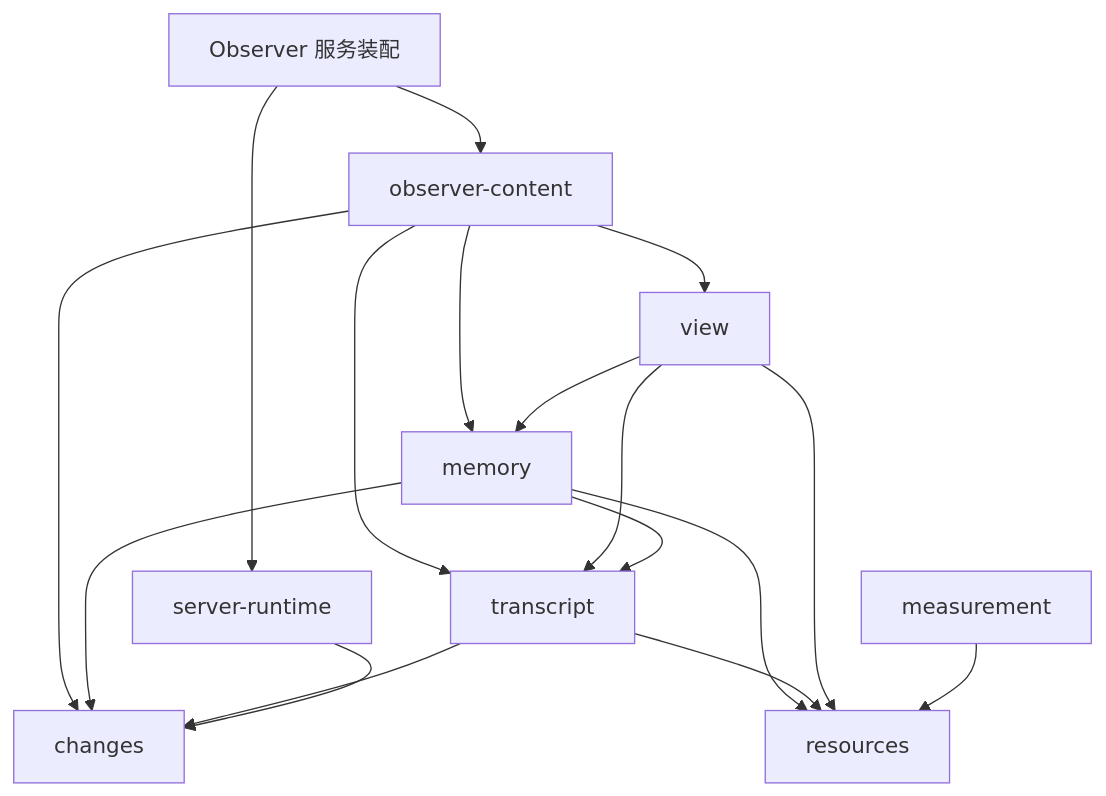
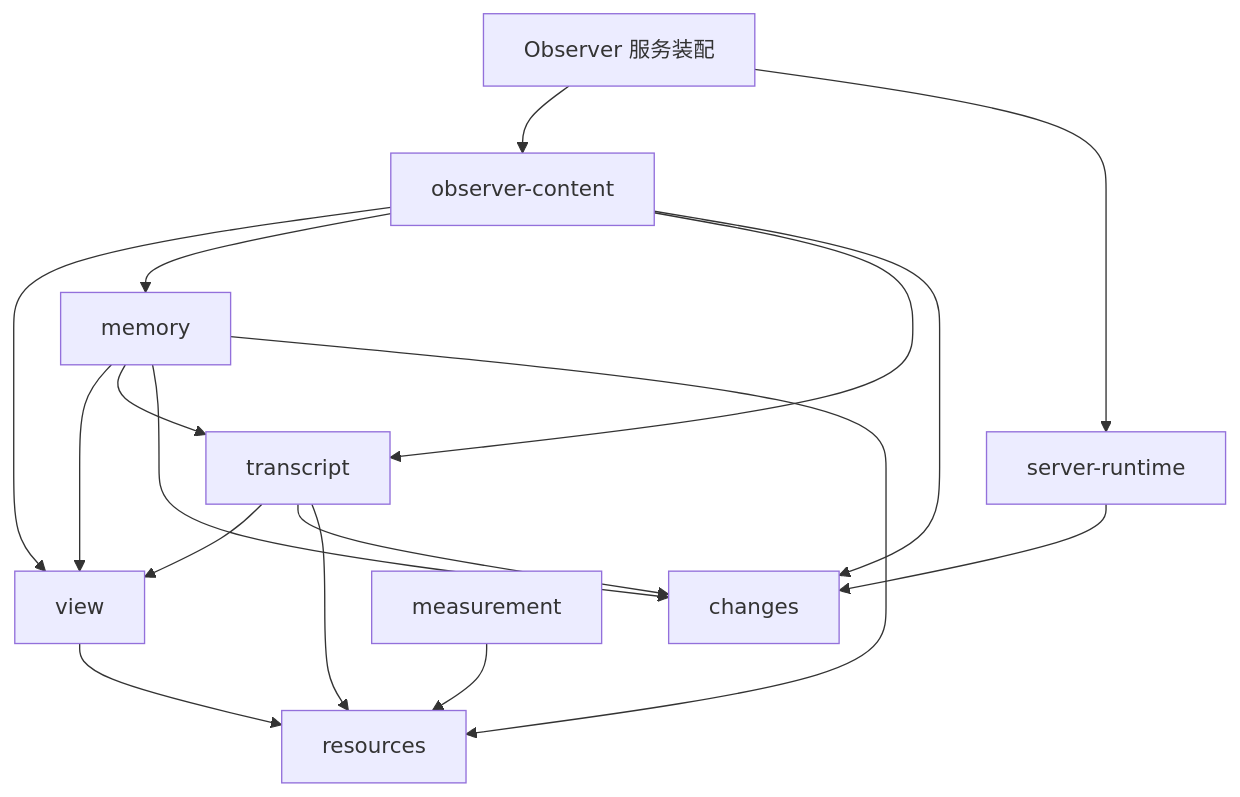
One commit to weiliang0121/capix changed the first of 2 diagrams in docs/content-entities-packages.md. Above: the diagram before and after it, drawn with Mermaid. The commit also changed other lines of this file and 63 other files, not shown here.

````diff
--- a/docs/content-entities-packages.md
+++ b/docs/content-entities-packages.md
@@ -23,19 +24,19 @@
 ```mermaid
 flowchart TD
   Service[Observer 服务装配] --> Content[observer-content]
   Service --> Runtime[server-runtime]
-  Content --> Active[view]
+  Content --> View[view]
   Content --> Memory[memory]
   Content --> Transcript[transcript]
   Content --> Changes[changes]
-  Active --> Memory
-  Active --> Transcript
+  Memory --> View
+  Transcript --> View
   Memory --> Transcript
   Memory --> Changes
   Transcript --> Changes
   Runtime --> Changes
   Memory --> Resources[resources]
   Transcript --> Resources
-  Active --> Resources
+  View --> Resources
   Selection[measurement] --> Resources
 ```
````
